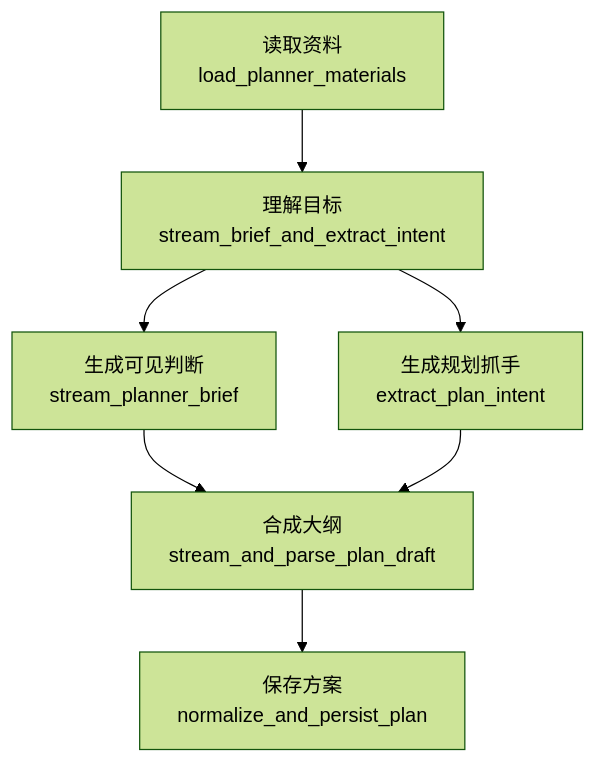
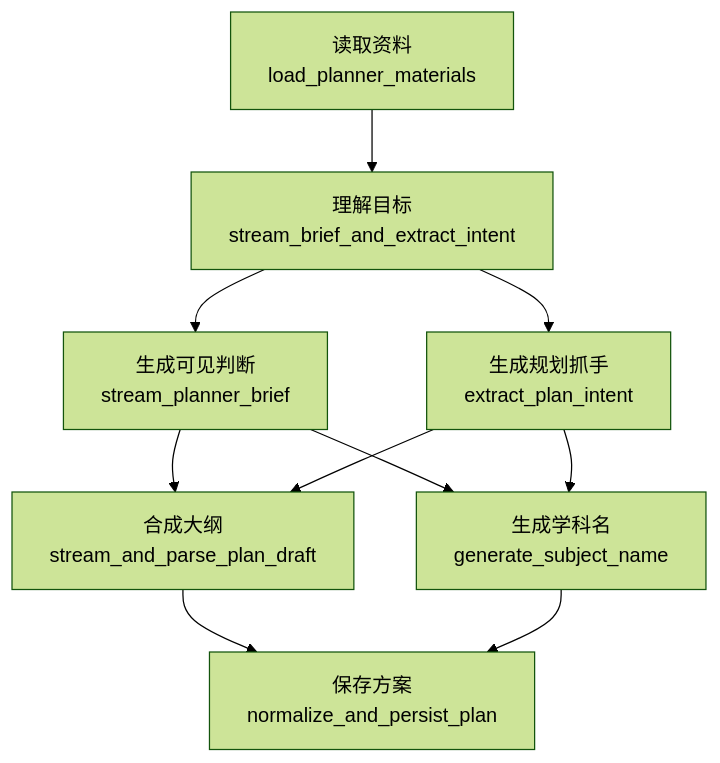
The diagram in backend/app/workflows/digest/planner/README.md (aiteachme/AITeachMe), drawn with Mermaid (forest theme) before and after one commit. The commit also changed other lines of this file and 10 other files, not shown here.

````diff
--- a/backend/app/workflows/digest/planner/README.md
+++ b/backend/app/workflows/digest/planner/README.md
@@ -110,16 +112,20 @@
 ```mermaid
 flowchart TD
     A["读取资料<br/>load_planner_materials"]
     B["理解目标<br/>stream_brief_and_extract_intent"]
     B1["生成可见判断<br/>stream_planner_brief"]
     B2["生成规划抓手<br/>extract_plan_intent"]
     C["合成大纲<br/>stream_and_parse_plan_draft"]
+    E["生成学科名<br/>generate_subject_name"]
     D["保存方案<br/>normalize_and_persist_plan"]
 
     A --> B
     B --> B1
     B --> B2
     B1 --> C
     B2 --> C
+    B1 --> E
+    B2 --> E
     C --> D
+    E --> D
 ```
````
